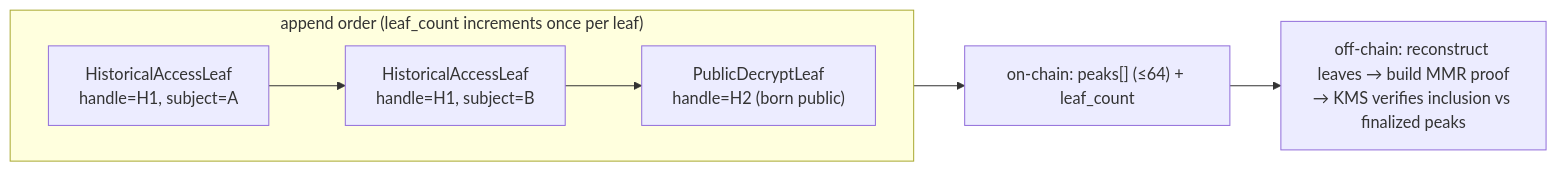
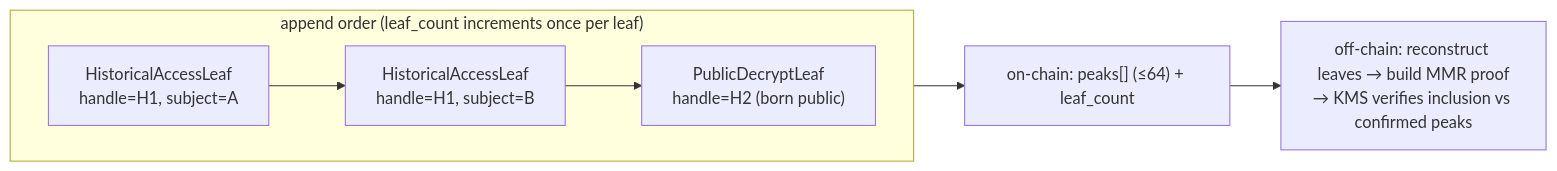
One commit to zama-ai/fhevm changed the second of 6 diagrams in solana/docs/MMR_ACL_MVP.md. Above: the diagram before and after it, drawn with Mermaid. The commit also changed other lines of this file and 10 other files, not shown here.

````diff
--- a/solana/docs/MMR_ACL_MVP.md
+++ b/solana/docs/MMR_ACL_MVP.md
@@ -108,9 +109,9 @@
 ```mermaid
 flowchart LR
     subgraph append["append order (leaf_count increments once per leaf)"]
         direction LR
         H0["HistoricalAccessLeaf<br/>handle=H1, subject=A"] --> H1["HistoricalAccessLeaf<br/>handle=H1, subject=B"] --> P0["PublicDecryptLeaf<br/>handle=H2 (born public)"]
     end
     append --> peaks["on-chain: peaks[] (≤64) + leaf_count"]
-    peaks --> verify["off-chain: reconstruct leaves → build MMR proof<br/>→ KMS verifies inclusion vs finalized peaks"]
+    peaks --> verify["off-chain: reconstruct leaves → build MMR proof<br/>→ KMS verifies inclusion vs confirmed peaks"]
 ```
````
